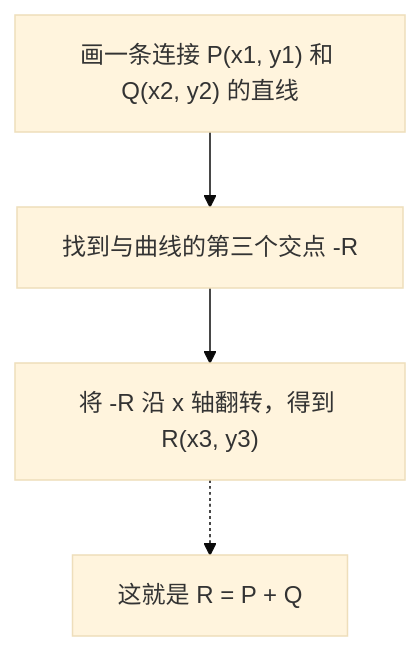
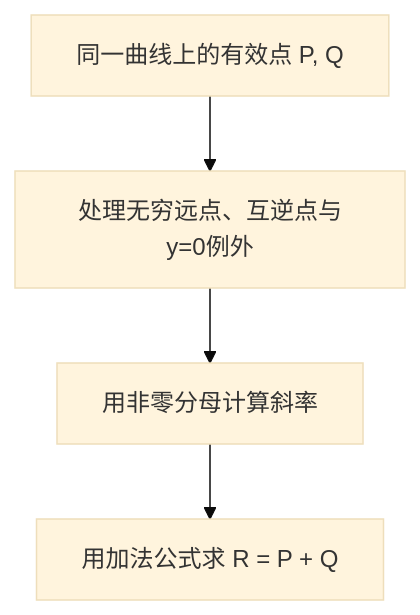
Before and after one commit to kenjinote/blog: the first of 3 diagrams in content/post/楕円曲線暗号の数学的基礎とcppでの実装/index.zh-cn.md, drawn with Mermaid (base theme). The commit also changed other lines of this file and 8 other files, not shown here.

````diff
--- a/content/post/楕円曲線暗号の数学的基礎とcppでの実装/index.zh-cn.md
+++ b/content/post/楕円曲線暗号の数学的基礎とcppでの実装/index.zh-cn.md
@@ -113,6 +81,6 @@
 ```mermaid
 graph TD
-    Step1["画一条连接 P(x1, y1) 和 Q(x2, y2) 的直线"] --> Step2["找到与曲线的第三个交点 -R"]
-    Step2 --> Step3["将 -R 沿 x 轴翻转，得到 R(x3, y3)"]
-    Step3 -.-> Result["这就是 R = P + Q"]
+    A["同一曲线上的有效点 P, Q"] --> B["处理无穷远点、互逆点与y=0例外"]
+    B --> C["用非零分母计算斜率"]
+    C --> D["用加法公式求 R = P + Q"]
 ```
````
